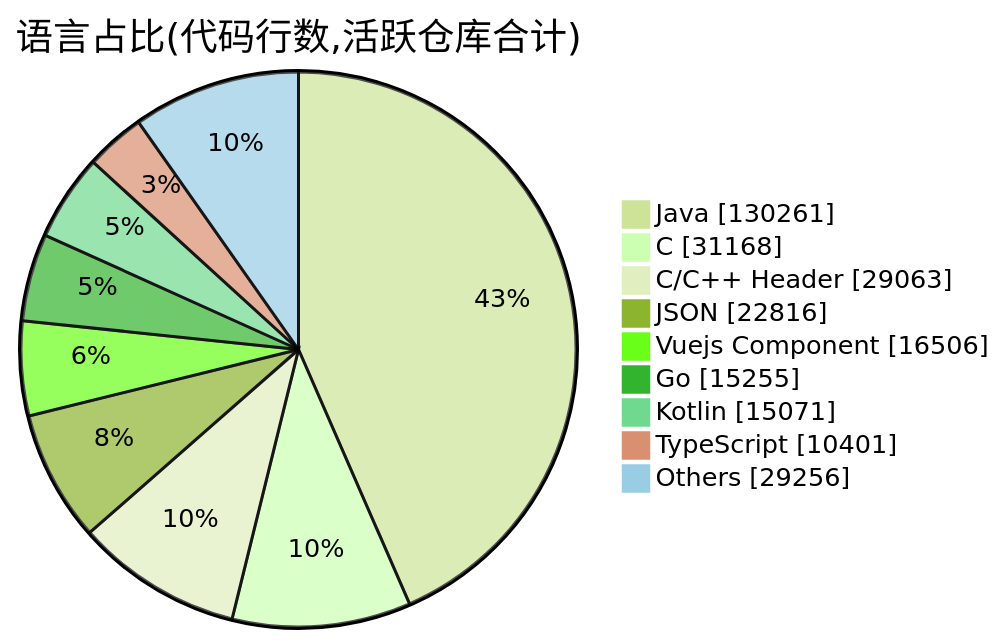
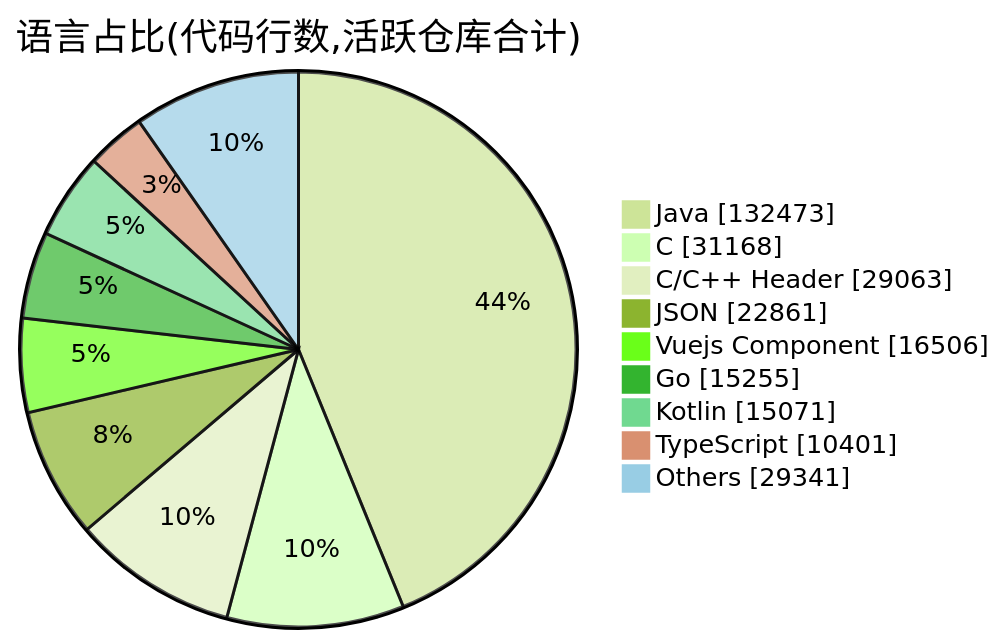
One commit to Conflux-Union/.github changed the second of 2 diagrams in profile/README.md. Above: the diagram before and after it, drawn with Mermaid (forest theme). The commit also changed other lines of this file and 1 other file, not shown here.

````diff
--- a/profile/README.md
+++ b/profile/README.md
@@ -80,13 +79,13 @@
 ```mermaid
 pie showData
     title 语言占比(代码行数,活跃仓库合计)
-    "Java" : 130261
+    "Java" : 132473
     "C" : 31168
     "C/C++ Header" : 29063
-    "JSON" : 22816
+    "JSON" : 22861
     "Vuejs Component" : 16506
     "Go" : 15255
     "Kotlin" : 15071
     "TypeScript" : 10401
-    "Others" : 29256
+    "Others" : 29341
 ```
````
